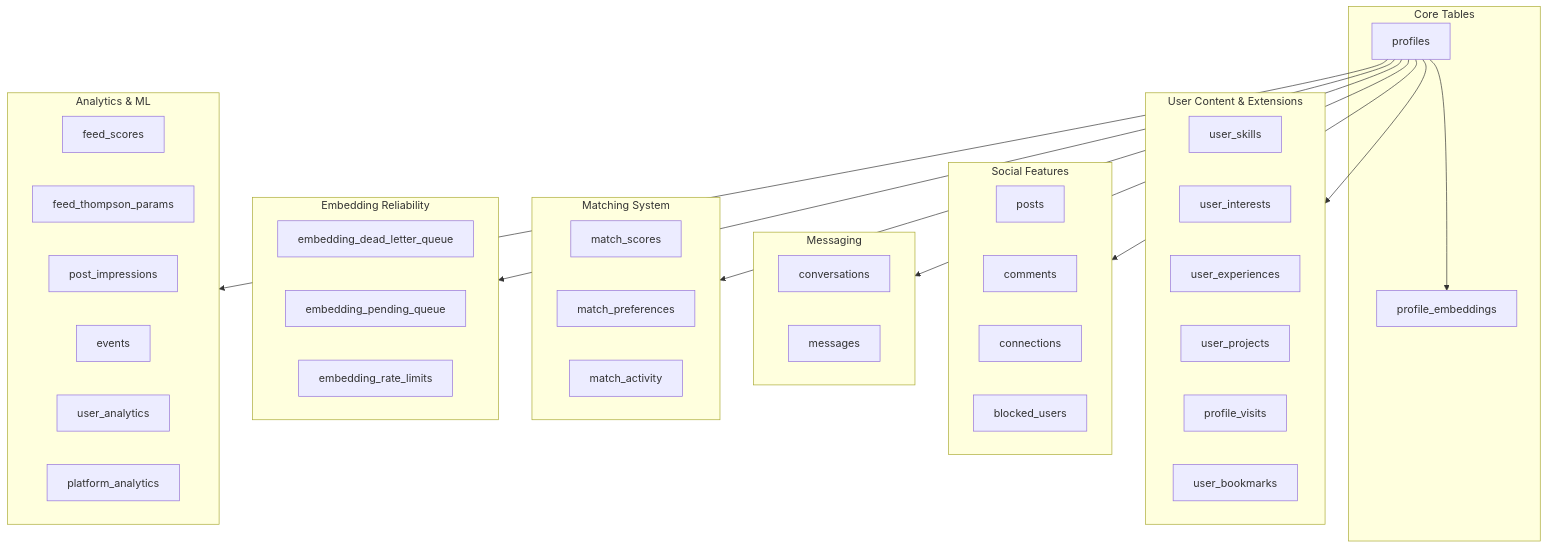
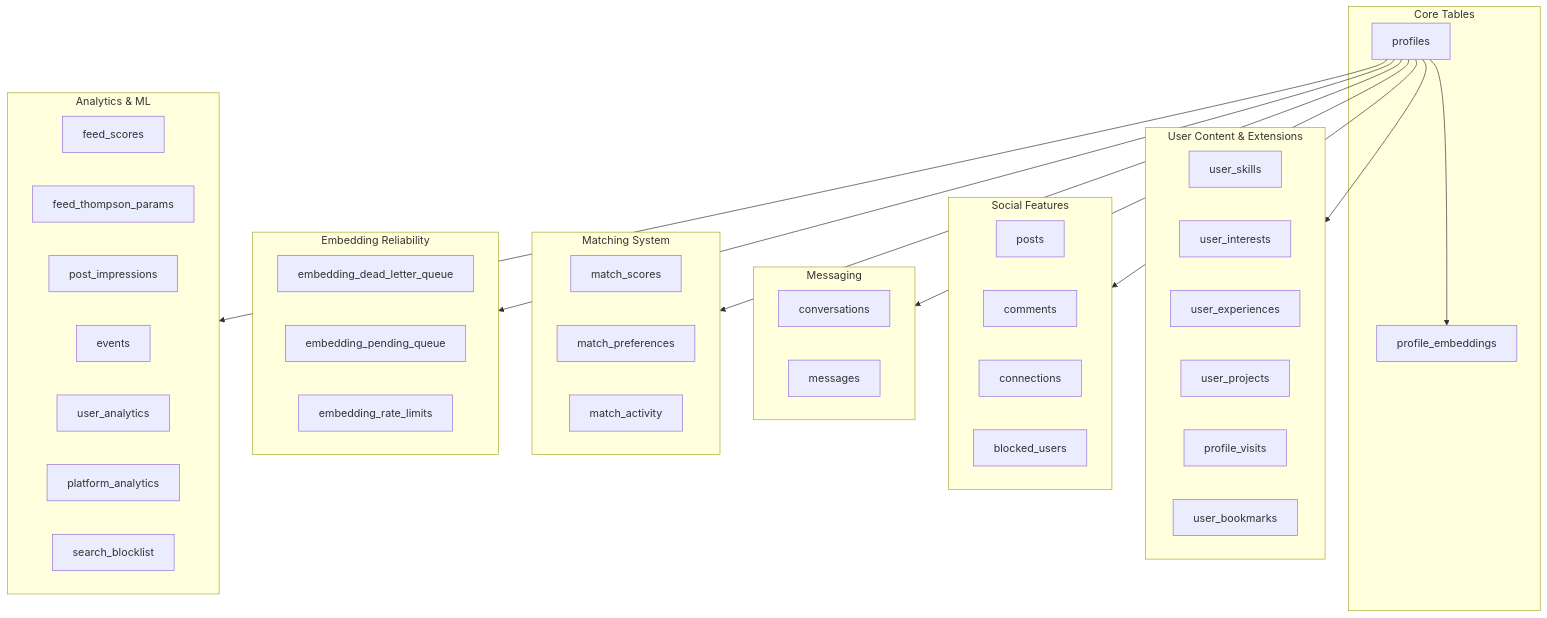
One commit to affanahmer/collabryx changed diagram 11 of 15 in docs/02-architecture/diagrams.md. Above: the diagram before and after it, drawn with Mermaid. The commit also changed other lines of this file and 20 other files, not shown here.

Commit message:
📝 docs: reorganize diagrams and update docs with live Supabase schema

````diff
--- a/docs/02-architecture/diagrams.md
+++ b/docs/02-architecture/diagrams.md
@@ -478,57 +485,58 @@
 ```mermaid
 graph TD
     subgraph Core["Core Tables"]
         profiles[profiles]
         embeddings[profile_embeddings]
     end
     
     subgraph UserContent["User Content & Extensions"]
         skills[user_skills]
         interests[user_interests]
         experiences[user_experiences]
         projects[user_projects]
         visits[profile_visits]
         bookmarks[user_bookmarks]
     end
     
     subgraph Social["Social Features"]
         posts[posts]
         comments[comments]
         connections[connections]
         blocked[blocked_users]
     end
     
     subgraph Messaging["Messaging"]
         conversations[conversations]
         messages[messages]
     end
     
     subgraph Matching["Matching System"]
         scores[match_scores]
         preferences[match_preferences]
         activity[match_activity]
     end
     
     subgraph Reliability["Embedding Reliability"]
         dlq[embedding_dead_letter_queue]
         pending[embedding_pending_queue]
         ratelimits[embedding_rate_limits]
     end
 
     subgraph Analytics["Analytics & ML"]
         feedscores[feed_scores]
         thompson[feed_thompson_params]
         impressions[post_impressions]
         events[events]
         useranal[user_analytics]
         platanal[platform_analytics]
+        searchblocklist[search_blocklist]
     end
     
     profiles --> embeddings
     profiles --> UserContent
     profiles --> Social
     profiles --> Messaging
     profiles --> Matching
     profiles --> Reliability
     profiles --> Analytics
 ```
````
